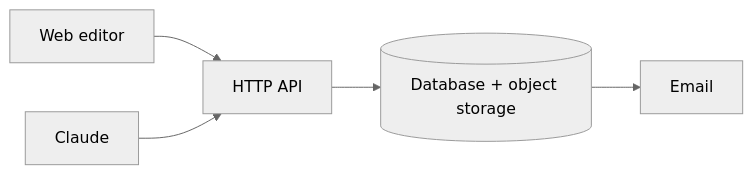
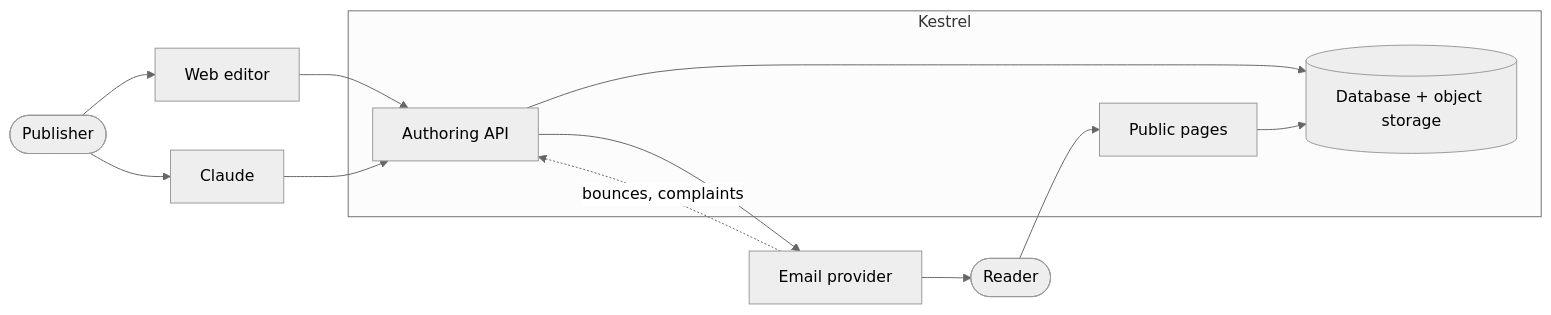
Before and after one commit to kurtbruns/kestrel: the diagram in docs/SPEC.md, drawn with Mermaid (neutral theme). The commit also changed other lines of this file, not shown here.

````diff
--- a/docs/SPEC.md
+++ b/docs/SPEC.md
@@ -13,7 +21,15 @@
 ```mermaid
 flowchart LR
-    editor[Web editor] --> api[HTTP API]
-    claude[Claude] --> api
-    api --> storage[(Database + object storage)]
-    storage --> email[Email]
+    subgraph app[Kestrel]
+        api[Authoring API]
+        public[Public pages]
+        store[(Database + object storage)]
+    end
+    publisher([Publisher]) --> editor[Web editor] --> api
+    publisher --> claude[Claude] --> api
+    api --> store
+    public --> store
+    api --> provider[Email provider] --> reader([Reader])
+    reader --> public
+    provider -. bounces, complaints .-> api
 ```
````
